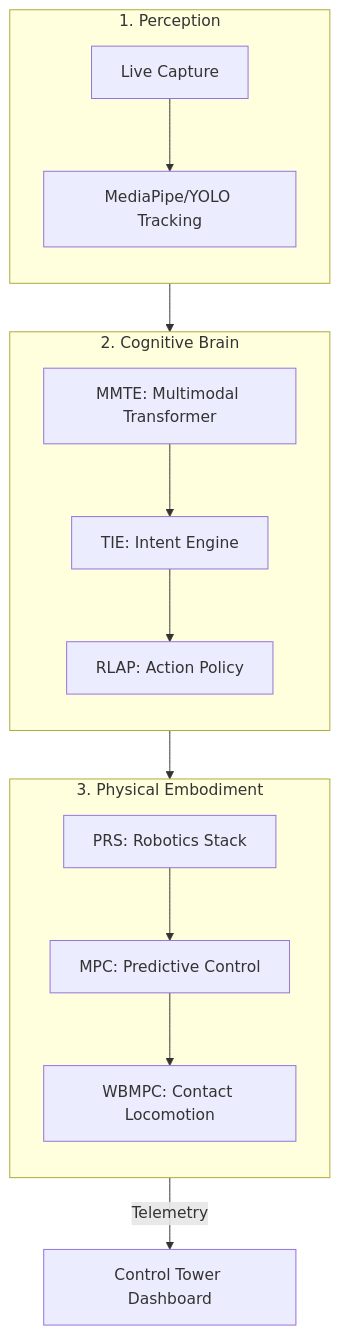
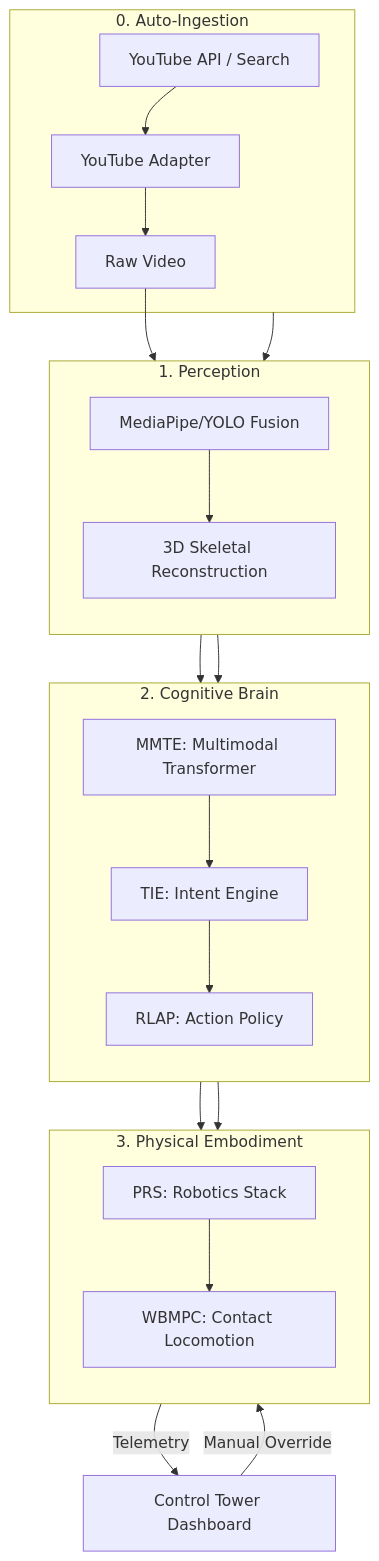
Before and after one commit to SahilKhutey/Sign-Verse-Robotics: the diagram in README.md, drawn with Mermaid. The commit also changed other lines of this file and 127 other files, not shown here.

````diff
--- a/README.md
+++ b/README.md
@@ -10,23 +11,32 @@
 ```mermaid
 graph TD
+    subgraph INGESTION[0. Auto-Ingestion]
+        YT[YouTube API / Search] --> ADAPT[YouTube Adapter]
+        ADAPT --> VRAW[Raw Video]
+    end
+
     subgraph PERCEPTION[1. Perception]
         direction TB
-        CAPTURE[Live Capture] --> MP[MediaPipe/YOLO Tracking]
+        VRAW --> MP[MediaPipe/YOLO Fusion]
+        MP --> SKEL[3D Skeletal Reconstruction]
     end
 
     subgraph BRAIN[2. Cognitive Brain]
         direction TB
-        MMTE[MMTE: Multimodal Transformer] --> TIE[TIE: Intent Engine]
+        SKEL --> MMTE[MMTE: Multimodal Transformer]
+        MMTE --> TIE[TIE: Intent Engine]
         TIE --> RLAP[RLAP: Action Policy]
     end
 
     subgraph EMBODIMENT[3. Physical Embodiment]
         direction TB
-        PRS[PRS: Robotics Stack] --> MPC[MPC: Predictive Control]
-        MPC --> WBMPC[WBMPC: Contact Locomotion]
+        RLAP --> PRS[PRS: Robotics Stack]
+        PRS --> WBMPC[WBMPC: Contact Locomotion]
     end
 
+    INGESTION --> PERCEPTION
     PERCEPTION --> BRAIN
     BRAIN --> EMBODIMENT
     EMBODIMENT -- Telemetry --> DASH[Control Tower Dashboard]
+    DASH -- Manual Override --> EMBODIMENT
 ```
````
